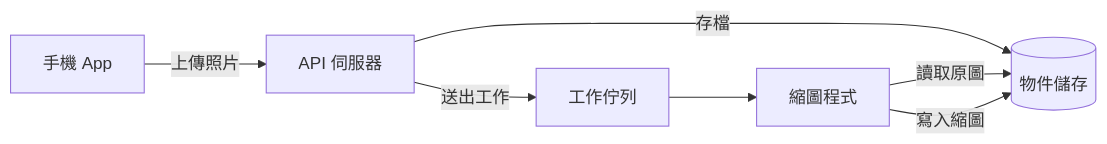
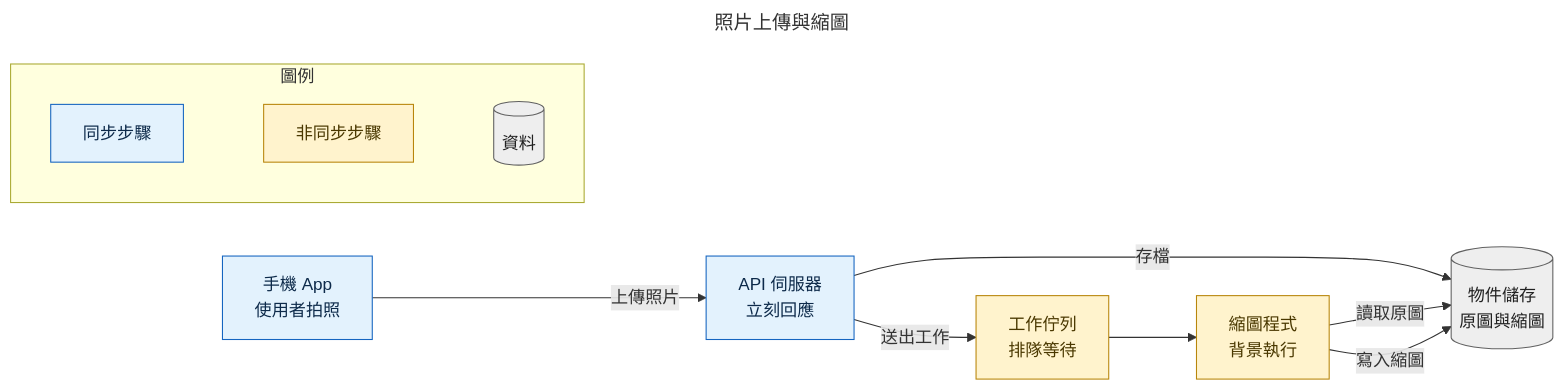
The fifth of 6 diagrams in skills/diagram-explainer/references/diagram-types.md (norton77930/understanding-ai-outputs), drawn with Mermaid before and after one commit. The commit also changed other lines of this file and 7 other files, not shown here.

First line of the commit message:
feat(diagram-explainer): size to topic, two-line labels, title, colors with legend, LR for pipelines (#46)

````diff
--- a/skills/diagram-explainer/references/diagram-types.md
+++ b/skills/diagram-explainer/references/diagram-types.md
@@ -67,9 +151,25 @@
 ```mermaid
+---
+title: 照片上傳與縮圖
+---
 flowchart LR
-    A[手機 App] -->|上傳照片| B[API 伺服器]
-    B -->|存檔| C[(物件儲存)]
-    B -->|送出工作| D[工作佇列]
-    D --> E[縮圖程式]
+    A["手機 App<br>使用者拍照"] -->|上傳照片| B["API 伺服器<br>立刻回應"]
+    B -->|存檔| C[("物件儲存<br>原圖與縮圖")]
+    B -->|送出工作| D["工作佇列<br>排隊等待"]
+    D --> E["縮圖程式<br>背景執行"]
     E -->|讀取原圖| C
     E -->|寫入縮圖| C
+    subgraph legend [圖例]
+        direction LR
+        k1["同步步驟"]:::sync
+        k2["非同步步驟"]:::async
+        k3[("資料")]:::data
+        k1 ~~~ k2 ~~~ k3
+    end
+    classDef sync fill:#e3f2fd,stroke:#1565c0,color:#0d2a4a
+    classDef async fill:#fff3cd,stroke:#b8860b,color:#4a3800
+    classDef data fill:#eeeeee,stroke:#616161,color:#212121
+    class A,B sync
+    class D,E async
+    class C data
 ```
````
